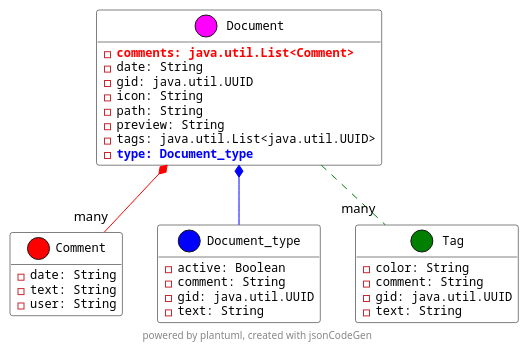
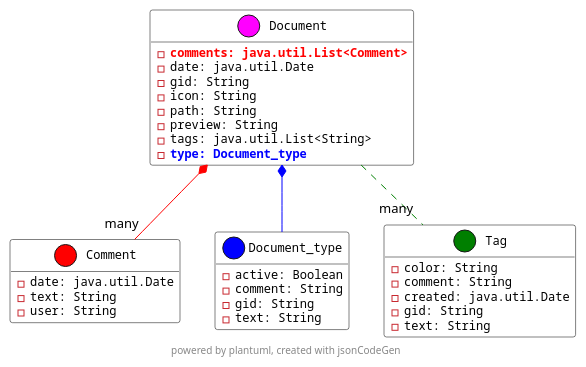
The diagram in docs/documents.puml (OkieOth/MongoDbTest), drawn with PlantUML before and after one commit. The commit also changed 18 other files, not shown here.

```diff
--- a/docs/documents.puml
+++ b/docs/documents.puml
@@ -2,52 +2,53 @@
 @startuml
 skinparam class {
 	BackgroundColor #FFFFFF
 	ArrowColor #000000
 	BorderColor #000000
 	BorderColor<<InnerType>> #777777
 	BackgroundColor<<InnerType>> #EEEEEE
 	FontName Courier
 	FontSize 12
 }
 skinparam note {
 	BackgroundColor #dedede
 	BorderColor #000000
 	FontSize 10
 }
 skinparam classAttribute {
 	FontName Courier
 	FontSize 12
 }
 class Comment  << ( ,#ff0000) >> {
-    -date: String
+    -date: java.util.Date
     -text: String
     -user: String
 }
 class Document  << ( ,#ff00ff) >> {
     -<color:#ff0000 ><b>comments: java.util.List<Comment></b></color>
-    -date: String
-    -gid: java.util.UUID
+    -date: java.util.Date
+    -gid: String
     -icon: String
     -path: String
     -preview: String
-    -tags: java.util.List<java.util.UUID>
+    -tags: java.util.List<String>
     -<color:#0000ff ><b>type: Document_type</b></color>
 }
 class Document_type  << ( ,#0000ff) >> {
     -active: Boolean
     -comment: String
-    -gid: java.util.UUID
+    -gid: String
     -text: String
 }
 class Tag  << ( ,#007f00) >> {
     -color: String
     -comment: String
-    -gid: java.util.UUID
+    -created: java.util.Date
+    -gid: String
     -text: String
 }
 hide methods
 Document *-- "many" Comment #ff0000
             Document .. "many" Tag #007f00
 Document *--  Document_type #0000ff
 footer powered by plantuml, created with jsonCodeGen
 @enduml
```
